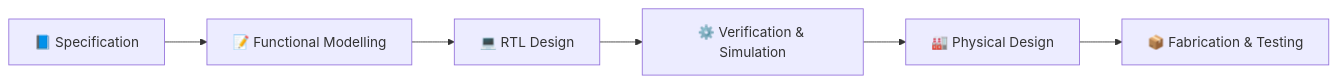
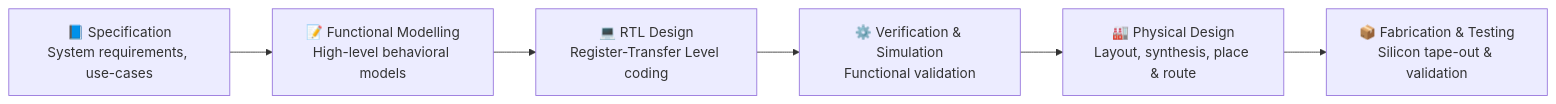
The diagram in Week2/README.md (irajPatel/irajPatel_RISC-V-SoC-Tapeout-Program_VSD), drawn with Mermaid before and after one commit. The commit also changed other lines of this file, not shown here.

`````diff
--- a/Week2/README.md
+++ b/Week2/README.md
@@ -64,8 +51,8 @@
 ```mermaid
 graph LR
-    A[📘 Specification] --> B[📝 Functional Modelling]
-    B --> C[💻 RTL Design]
-    C --> D[⚙️ Verification & Simulation]
-    D --> E[🏭 Physical Design]
-    E --> F[📦 Fabrication & Testing]
-````
+    A[📘 Specification<br>System requirements, use-cases] --> B[📝 Functional Modelling<br>High-level behavioral models]
+    B --> C[💻 RTL Design<br>Register-Transfer Level coding]
+    C --> D[⚙️ Verification & Simulation<br>Functional validation]
+    D --> E[🏭 Physical Design<br>Layout, synthesis, place & route]
+    E --> F[📦 Fabrication & Testing<br>Silicon tape-out & validation]
+```
`````
